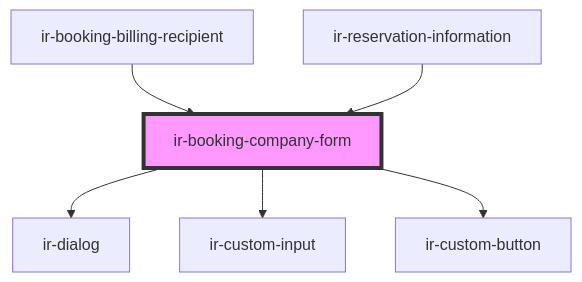
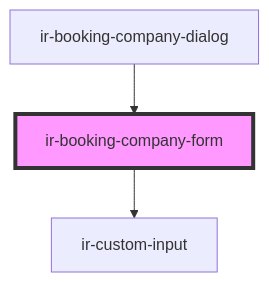
Before and after one commit to David1Chowaifaty/modified-ir-webcmp: the diagram in src/components/ir-booking-company-dialog/ir-booking-company-form/readme.md, drawn with Mermaid. The commit also changed other lines of this file and 36 other files, not shown here.

````diff
--- a/src/components/ir-booking-company-dialog/ir-booking-company-form/readme.md
+++ b/src/components/ir-booking-company-dialog/ir-booking-company-form/readme.md
@@ -50,9 +34,6 @@
 ```mermaid
 graph TD;
-  ir-booking-company-form --> ir-dialog
   ir-booking-company-form --> ir-custom-input
-  ir-booking-company-form --> ir-custom-button
-  ir-booking-billing-recipient --> ir-booking-company-form
-  ir-reservation-information --> ir-booking-company-form
+  ir-booking-company-dialog --> ir-booking-company-form
   style ir-booking-company-form fill:#f9f,stroke:#333,stroke-width:4px
 ```
````
